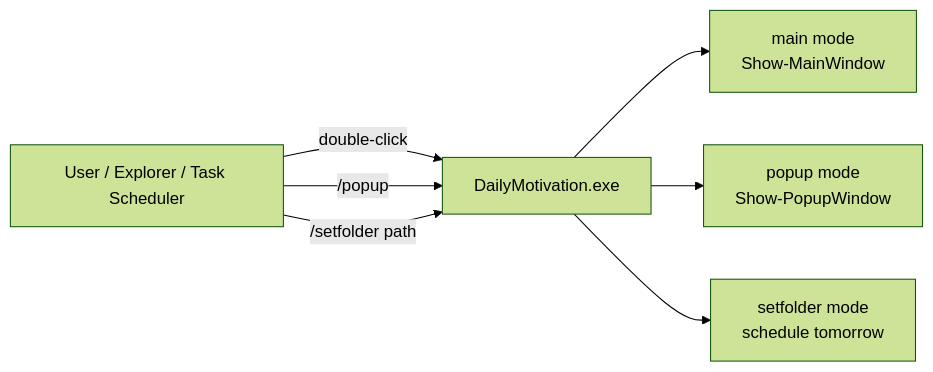
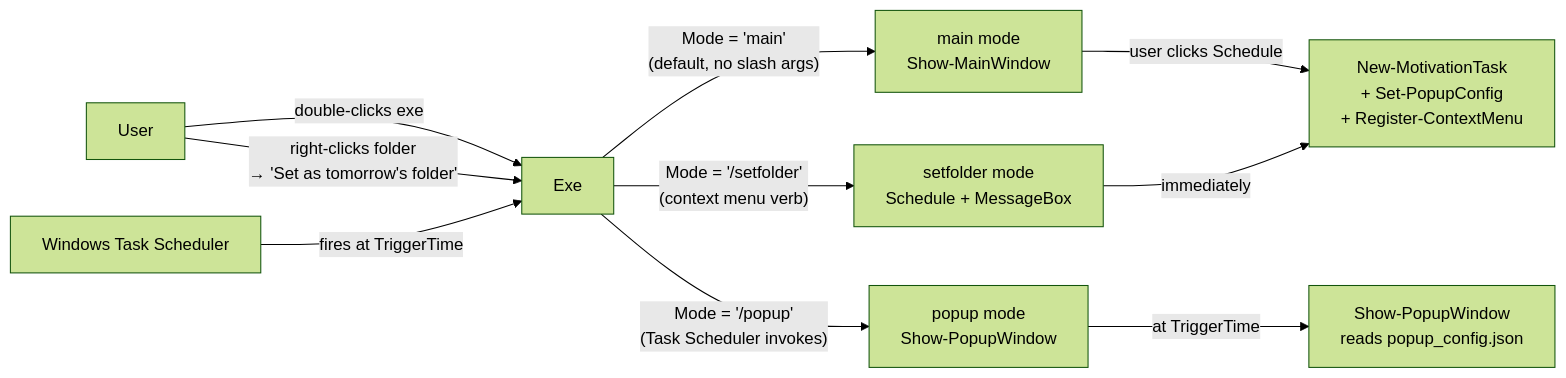
Before and after one commit to SevWren/Daily-Motivation-Brain-Helper: the first of 4 diagrams in docs/architecture/overview.md, drawn with Mermaid (forest theme). The commit also changed other lines of this file, not shown here.

First line of the commit message:
docs(architecture): replace mermaid diagrams in overview.md with parseable flowcharts

````diff
--- a/docs/architecture/overview.md
+++ b/docs/architecture/overview.md
@@ -22,15 +22,14 @@
 ```mermaid
 flowchart LR
-  User[User / Explorer / Task Scheduler]
-  Exe[DailyMotivation.exe]
-  Main[main mode<br/>Show-MainWindow]
-  Popup[popup mode<br/>Show-PopupWindow]
-  Setfolder[setfolder mode<br/>schedule tomorrow]
+    User["User"] -->|double-clicks exe| Exe
+    User -->|right-clicks folder<br/>→ 'Set as tomorrow's folder'| Exe
+    Scheduler["Windows Task Scheduler"] -->|fires at TriggerTime| Exe
 
-  User -->|double-click| Exe
-  User -->|/popup| Exe
-  User -->|/setfolder path| Exe
-  Exe --> Main
-  Exe --> Popup
-  Exe --> Setfolder
+    Exe -->|"Mode = 'main'<br/>(default, no slash args)"| Main["main mode<br/>Show-MainWindow"]
+    Exe -->|"Mode = '/popup'<br/>(Task Scheduler invokes)"| Popup["popup mode<br/>Show-PopupWindow"]
+    Exe -->|"Mode = '/setfolder'<br/>(context menu verb)"| Setfolder["setfolder mode<br/>Schedule + MessageBox"]
+
+    Main -->|"user clicks Schedule"| Schedule["New-MotivationTask<br/>+ Set-PopupConfig<br/>+ Register-ContextMenu"]
+    Setfolder -->|"immediately"| Schedule
+    Popup -->|"at TriggerTime"| ShowPopup["Show-PopupWindow<br/>reads popup_config.json"]
 ```
````
